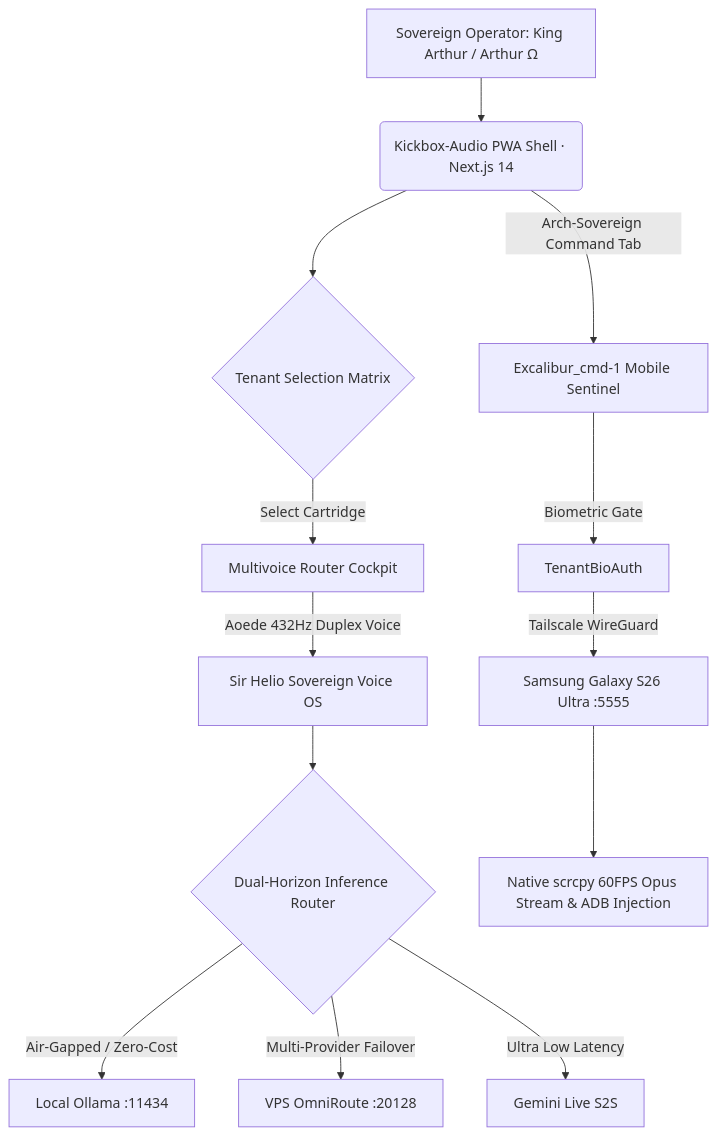
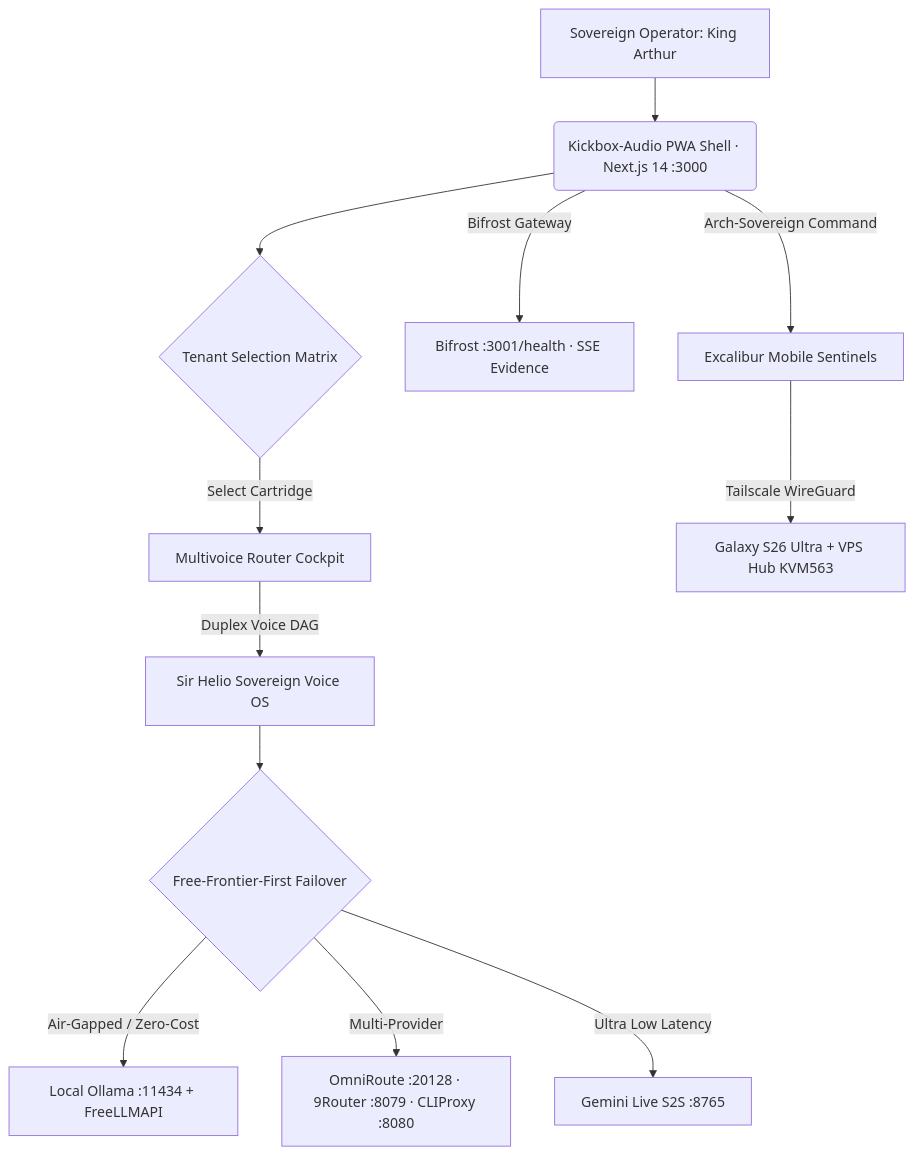
One commit to Cyberdad247/Camelot-Ecosystem changed the diagram in README.md. Above: the diagram before and after it, drawn with Mermaid. The commit also changed other lines of this file and 140 other files, not shown here.

````diff
--- a/README.md
+++ b/README.md
@@ -145,15 +139,14 @@
 ```mermaid
 graph TD
-  A[Sovereign Operator: King Arthur / Arthur Ω] --> B(Kickbox-Audio PWA Shell · Next.js 14)
+  A[Sovereign Operator: King Arthur] --> B(Kickbox-Audio PWA Shell · Next.js 14 :3000)
   B --> C{Tenant Selection Matrix}
   C -->|Select Cartridge| D[Multivoice Router Cockpit]
-  D -->|Aoede 432Hz Duplex Voice| E[Sir Helio Sovereign Voice OS]
-  E --> F{Dual-Horizon Inference Router}
-  F -->|Air-Gapped / Zero-Cost| G[Local Ollama :11434]
-  F -->|Multi-Provider Failover| H[VPS OmniRoute :20128]
-  F -->|Ultra Low Latency| I[Gemini Live S2S]
-  B -->|Arch-Sovereign Command Tab| J[Excalibur_cmd-1 Mobile Sentinel]
-  J -->|Biometric Gate| K[TenantBioAuth]
-  K -->|Tailscale WireGuard| L[Samsung Galaxy S26 Ultra :5555]
-  L --> M[Native scrcpy 60FPS Opus Stream & ADB Injection]
+  D -->|Duplex Voice DAG| E[Sir Helio Sovereign Voice OS]
+  E --> F{Free-Frontier-First Failover}
+  F -->|Air-Gapped / Zero-Cost| G[Local Ollama :11434 + FreeLLMAPI]
+  F -->|Multi-Provider| H[OmniRoute :20128 · 9Router :8079 · CLIProxy :8080]
+  F -->|Ultra Low Latency| I[Gemini Live S2S :8765]
+  B -->|Bifrost Gateway| J[Bifrost :3001/health · SSE Evidence]
+  B -->|Arch-Sovereign Command| K[Excalibur Mobile Sentinels]
+  K -->|Tailscale WireGuard| L[Galaxy S26 Ultra + VPS Hub KVM563]
 ```
````
